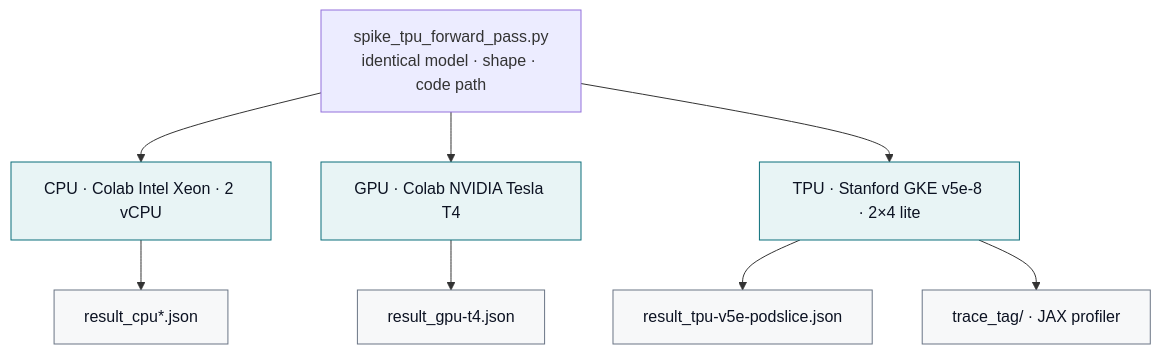
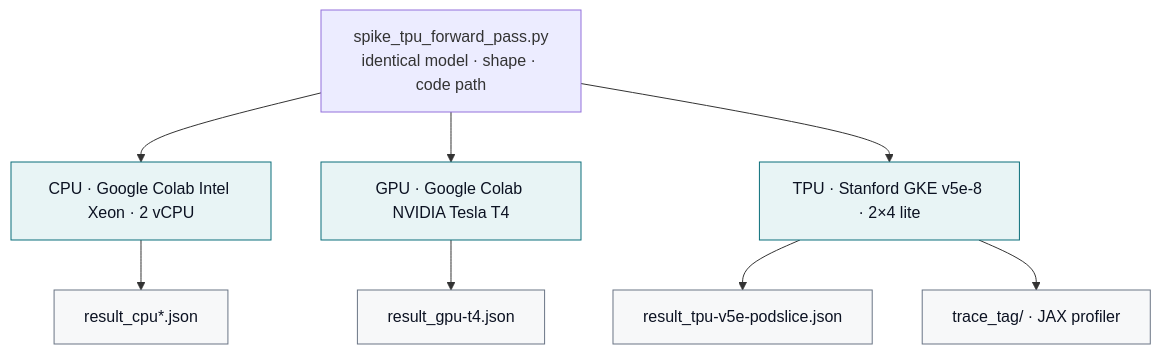
Before and after one commit to lorenzopazienza/alphafold-tpu-benchmark: the second of 2 diagrams in README.md, drawn with Mermaid. The commit also changed other lines of this file and 26 other files, not shown here.

First line of the commit message:
docs: spell out Google Colab, HPC, and precise 451× copy

````diff
--- a/README.md
+++ b/README.md
@@ -151,18 +151,18 @@
 ```mermaid
 flowchart TB
   A["spike_tpu_forward_pass.py<br/>identical model · shape · code path"]
 
-  A --> B["CPU · Colab Intel Xeon · 2 vCPU"]
-  A --> C["GPU · Colab NVIDIA Tesla T4"]
+  A --> B["CPU · Google Colab Intel Xeon · 2 vCPU"]
+  A --> C["GPU · Google Colab NVIDIA Tesla T4"]
   A --> D["TPU · Stanford GKE v5e-8 · 2×4 lite"]
 
   B --> E["result_cpu*.json"]
   C --> F["result_gpu-t4.json"]
   D --> G["result_tpu-v5e-podslice.json"]
   D --> H["trace_tag/ · JAX profiler"]
 
   classDef backend fill:#e8f4f5,stroke:#0b6e7a,color:#0c1222
   classDef out fill:#f7f8f9,stroke:#6a7585,color:#0c1222
   class B,C,D backend
   class E,F,G,H out
 ```
````
